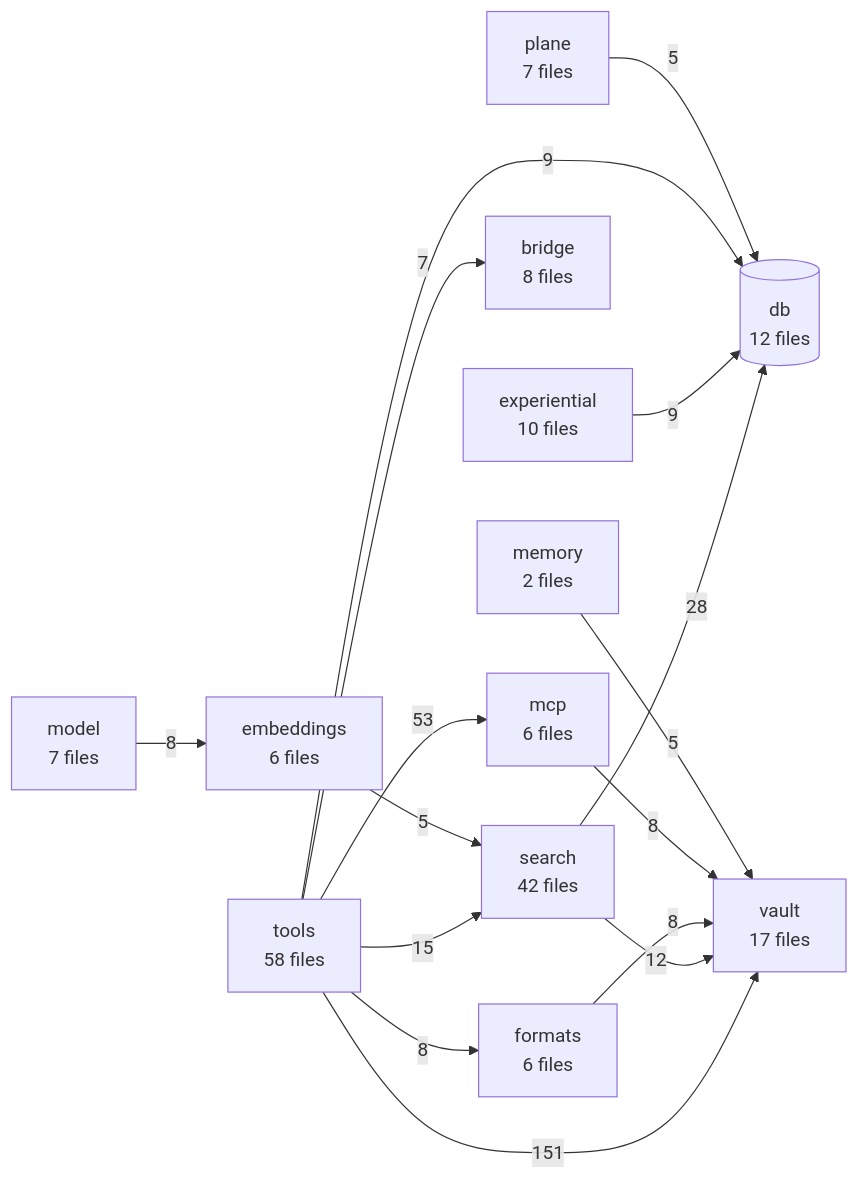
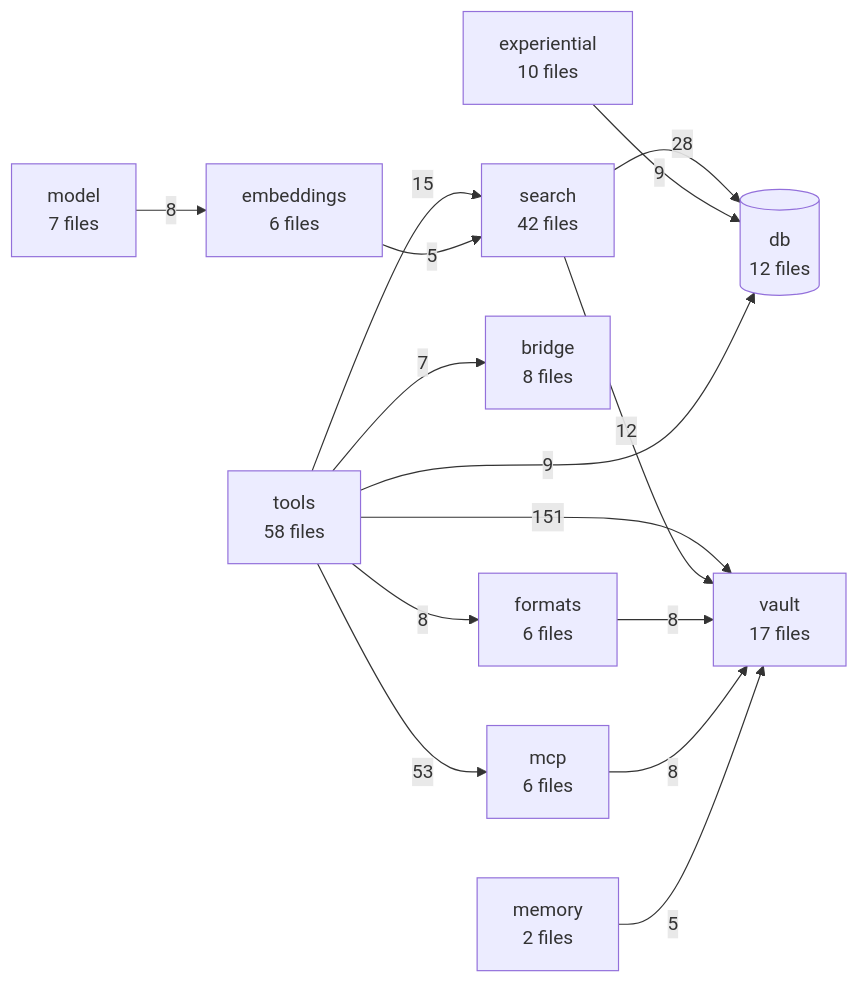
One commit to The-40-Thieves/obsidian-tc changed the diagram in TREE.md. Above: the diagram before and after it, drawn with Mermaid. The commit also changed other lines of this file and 12 other files, not shown here.

````diff
--- a/TREE.md
+++ b/TREE.md
@@ -205,31 +205,29 @@
 ```mermaid
 flowchart LR
   tools[tools<br/>58 files]
   search[search<br/>42 files]
   vault[vault<br/>17 files]
   db[(db<br/>12 files)]
   experiential[experiential<br/>10 files]
   bridge[bridge<br/>8 files]
   model[model<br/>7 files]
-  plane[plane<br/>7 files]
   embeddings[embeddings<br/>6 files]
   formats[formats<br/>6 files]
   mcp[mcp<br/>6 files]
   memory[memory<br/>2 files]
 
   tools -->|151| vault
   tools -->|53| mcp
   search -->|28| db
   tools -->|15| search
   search -->|12| vault
   experiential -->|9| db
   tools -->|9| db
   formats -->|8| vault
   mcp -->|8| vault
   model -->|8| embeddings
   tools -->|8| formats
   tools -->|7| bridge
   embeddings -->|5| search
   memory -->|5| vault
-  plane -->|5| db
 ```
````
